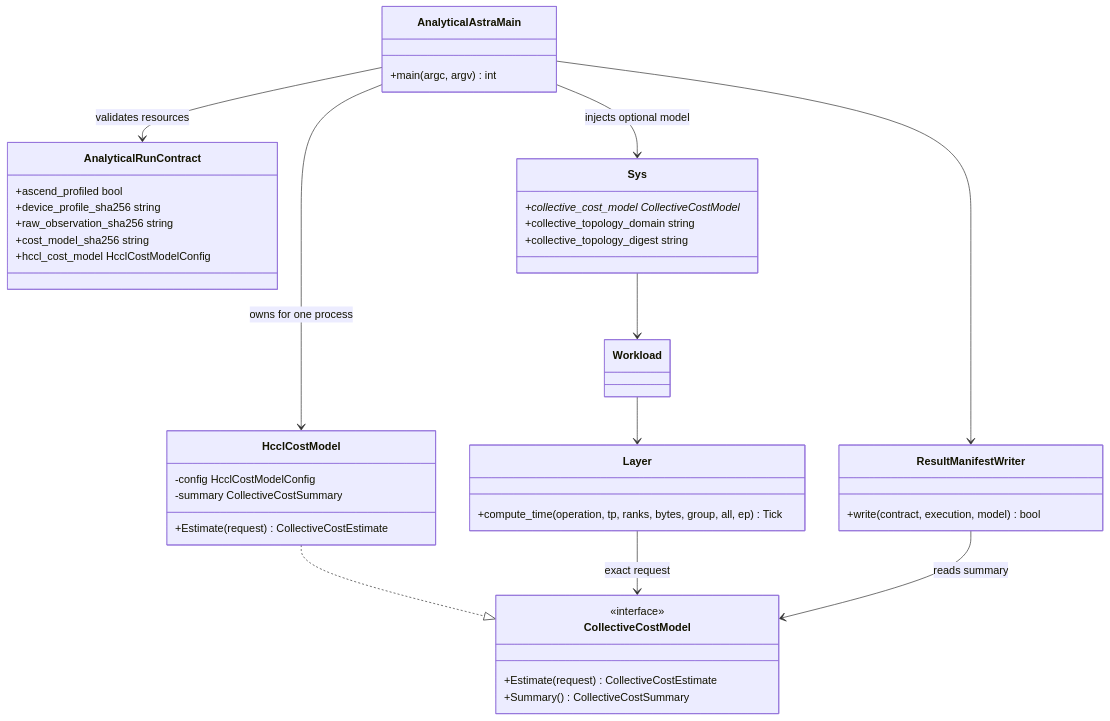
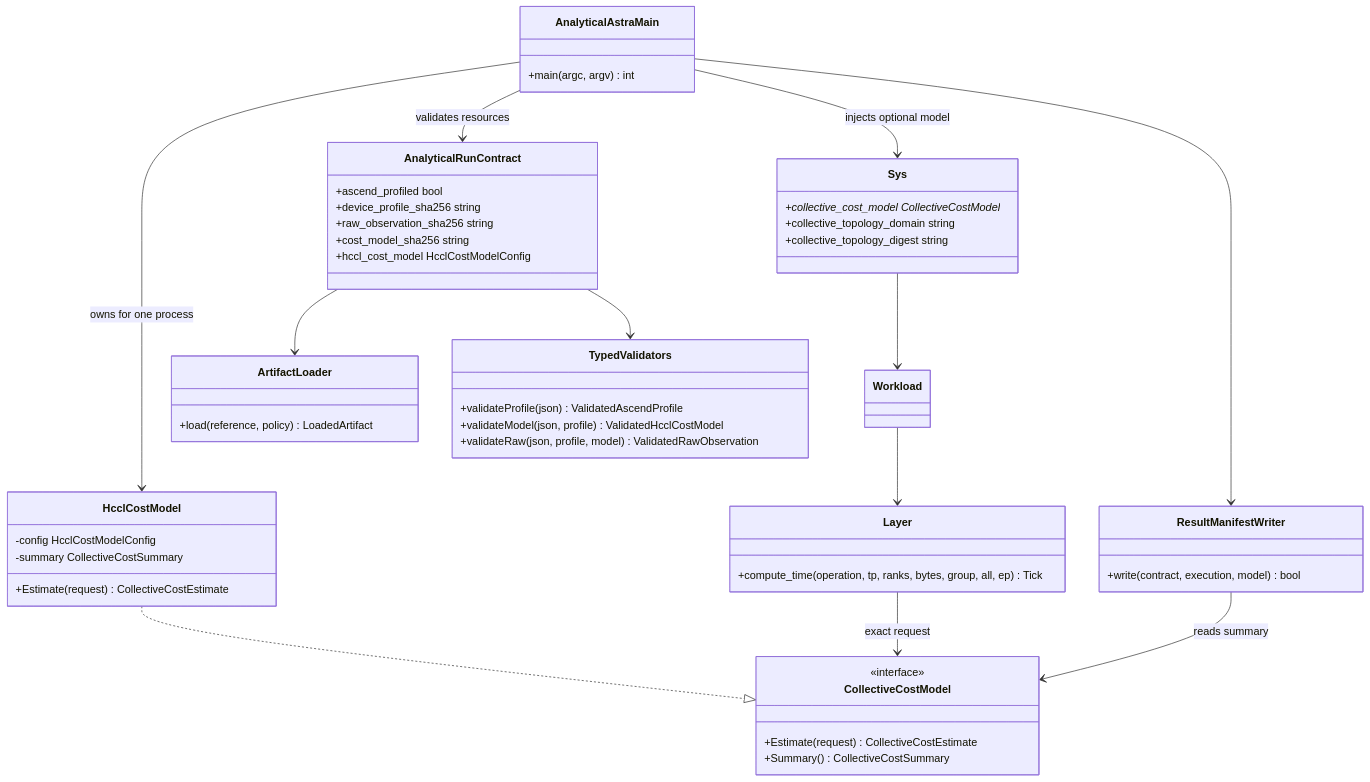
One commit to Kirrito-k423/SimAI-Ascend changed the second of 2 diagrams in docs/design/issue-17-design.md. Above: the diagram before and after it, drawn with Mermaid. The commit also changed other lines of this file and 11 other files, not shown here.

````diff
--- a/docs/design/issue-17-design.md
+++ b/docs/design/issue-17-design.md
@@ -92,45 +93,55 @@
 ```mermaid
 classDiagram
     class AnalyticalAstraMain {
       +main(argc, argv) int
     }
     class AnalyticalRunContract {
       +ascend_profiled bool
       +device_profile_sha256 string
       +raw_observation_sha256 string
       +cost_model_sha256 string
       +hccl_cost_model HcclCostModelConfig
     }
     class CollectiveCostModel {
       <<interface>>
       +Estimate(request) CollectiveCostEstimate
       +Summary() CollectiveCostSummary
     }
     class HcclCostModel {
       -config HcclCostModelConfig
       -summary CollectiveCostSummary
       +Estimate(request) CollectiveCostEstimate
     }
     class Sys {
       +collective_cost_model CollectiveCostModel*
       +collective_topology_domain string
       +collective_topology_digest string
     }
     class Workload
     class Layer {
       +compute_time(operation, tp, ranks, bytes, group, all, ep) Tick
     }
     class ResultManifestWriter {
       +write(contract, execution, model) bool
     }
+    class ArtifactLoader {
+      +load(reference, policy) LoadedArtifact
+    }
+    class TypedValidators {
+      +validateProfile(json) ValidatedAscendProfile
+      +validateModel(json, profile) ValidatedHcclCostModel
+      +validateRaw(json, profile, model) ValidatedRawObservation
+    }
 
     AnalyticalAstraMain --> AnalyticalRunContract : validates resources
+    AnalyticalRunContract --> ArtifactLoader
+    AnalyticalRunContract --> TypedValidators
     AnalyticalAstraMain --> HcclCostModel : owns for one process
     HcclCostModel ..|> CollectiveCostModel
     AnalyticalAstraMain --> Sys : injects optional model
     Sys --> Workload
     Workload --> Layer
     Layer --> CollectiveCostModel : exact request
     AnalyticalAstraMain --> ResultManifestWriter
     ResultManifestWriter --> CollectiveCostModel : reads summary
 ```
````
